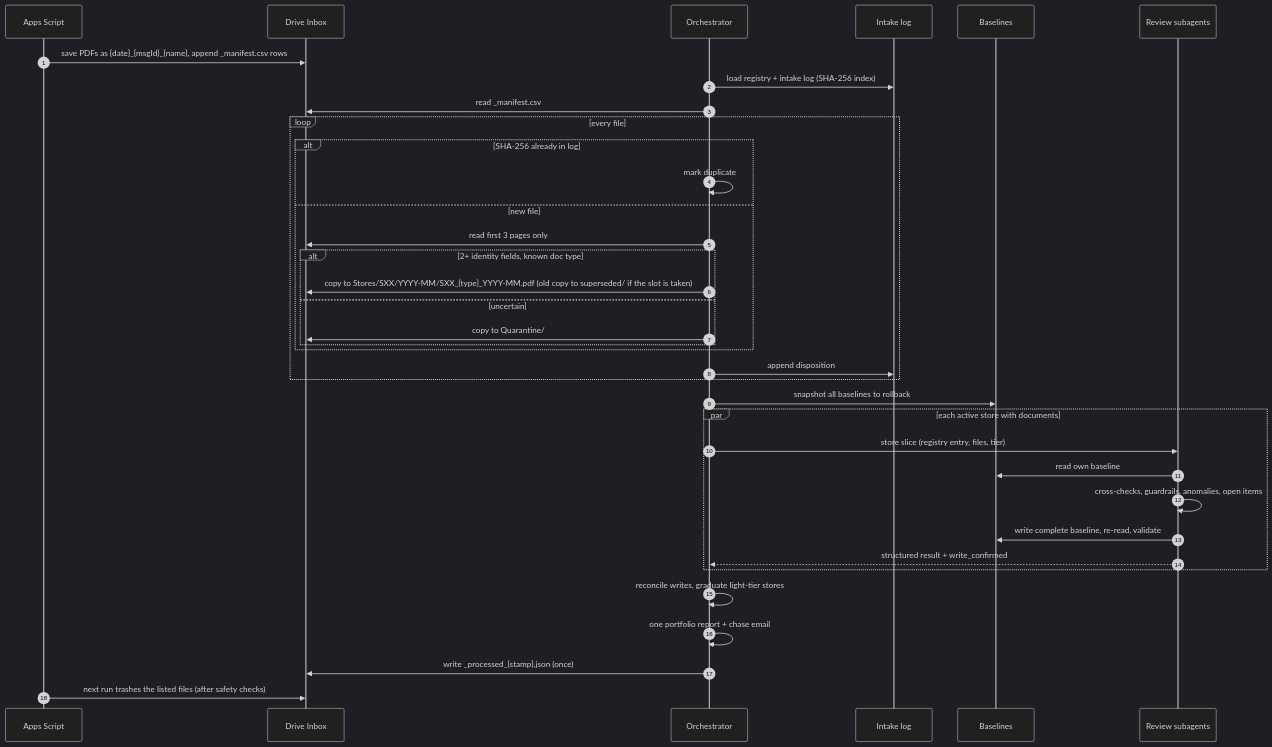
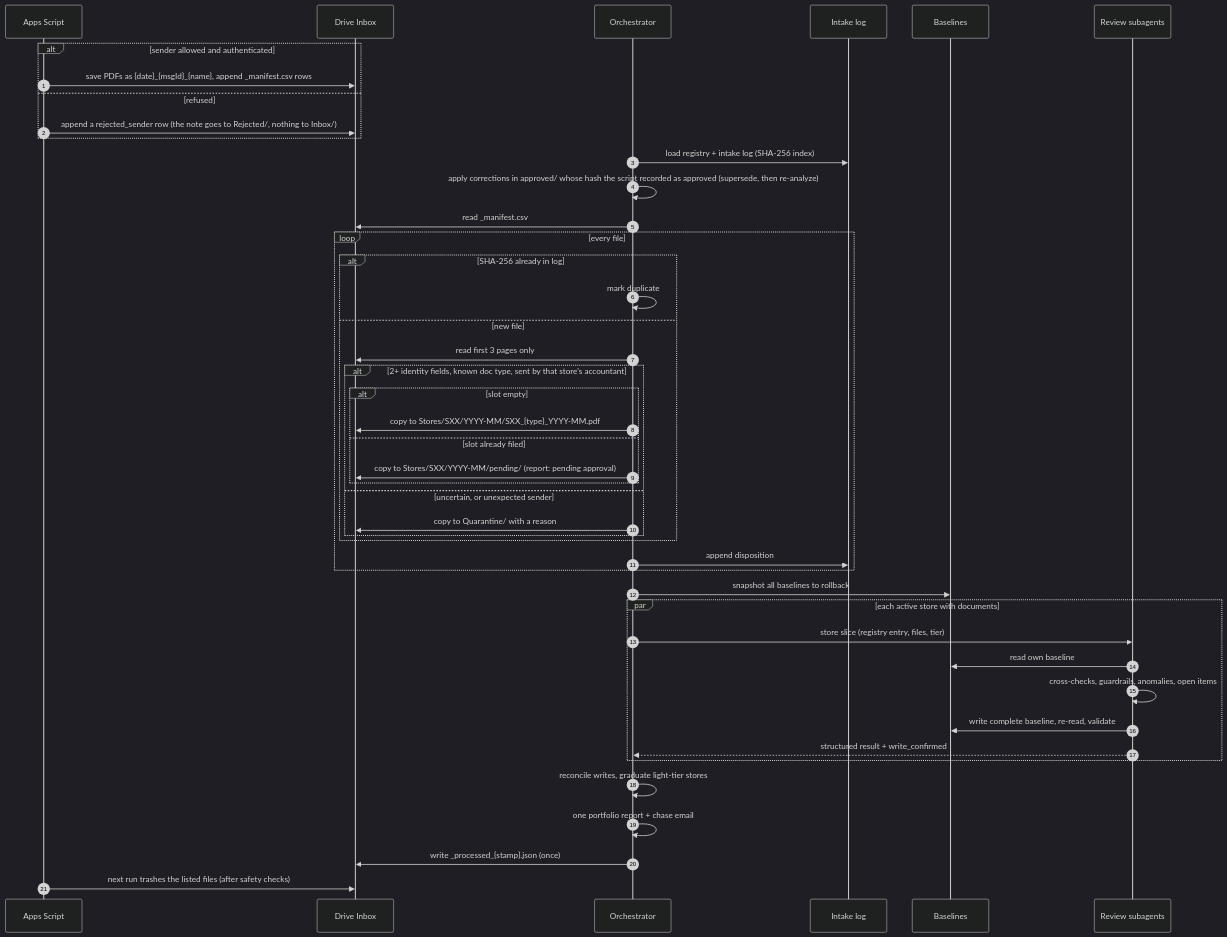
Before and after one commit to shroach03/pnl-analyzer: the second of 2 diagrams in docs/architecture.md, drawn with Mermaid (dark theme). The commit also changed other lines of this file and 55 other files, not shown here.

````diff
--- a/docs/architecture.md
+++ b/docs/architecture.md
@@ -66,39 +72,48 @@
 ```mermaid
 sequenceDiagram
     autonumber
     participant AS as Apps Script
     participant I as Drive Inbox
     participant O as Orchestrator
     participant L as Intake log
     participant B as Baselines
     participant A as Review subagents
 
-    AS->>I: save PDFs as {date}_{msgId}_{name}, append _manifest.csv rows
+    alt sender allowed and authenticated
+        AS->>I: save PDFs as {date}_{msgId}_{name}, append _manifest.csv rows
+    else refused
+        AS->>I: append a rejected_sender row (the note goes to Rejected/, nothing to Inbox/)
+    end
     O->>L: load registry + intake log (SHA-256 index)
+    O->>O: apply corrections in approved/ whose hash the script recorded as approved (supersede, then re-analyze)
     O->>I: read _manifest.csv
     loop every file
         alt SHA-256 already in log
             O->>O: mark duplicate
         else new file
             O->>I: read first 3 pages only
-            alt 2+ identity fields, known doc type
-                O->>I: copy to Stores/SXX/YYYY-MM/SXX_{type}_YYYY-MM.pdf (old copy to superseded/ if the slot is taken)
-            else uncertain
-                O->>I: copy to Quarantine/
+            alt 2+ identity fields, known doc type, sent by that store's accountant
+                alt slot empty
+                    O->>I: copy to Stores/SXX/YYYY-MM/SXX_{type}_YYYY-MM.pdf
+                else slot already filed
+                    O->>I: copy to Stores/SXX/YYYY-MM/pending/ (report: pending approval)
+                end
+            else uncertain, or unexpected sender
+                O->>I: copy to Quarantine/ with a reason
             end
         end
         O->>L: append disposition
     end
     O->>B: snapshot all baselines to rollback
     par each active store with documents
         O->>A: store slice (registry entry, files, tier)
         A->>B: read own baseline
         A->>A: cross-checks, guardrails, anomalies, open items
         A->>B: write complete baseline, re-read, validate
         A-->>O: structured result + write_confirmed
     end
     O->>O: reconcile writes, graduate light-tier stores
     O->>O: one portfolio report + chase email
     O->>I: write _processed_{stamp}.json (once)
     AS->>I: next run trashes the listed files (after safety checks)
 ```
````
